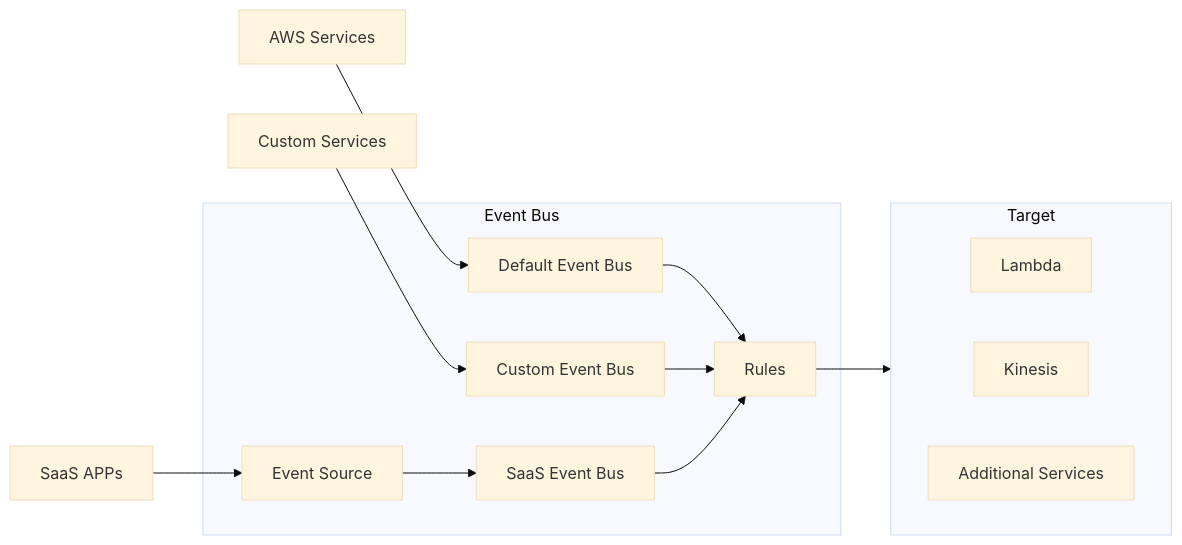
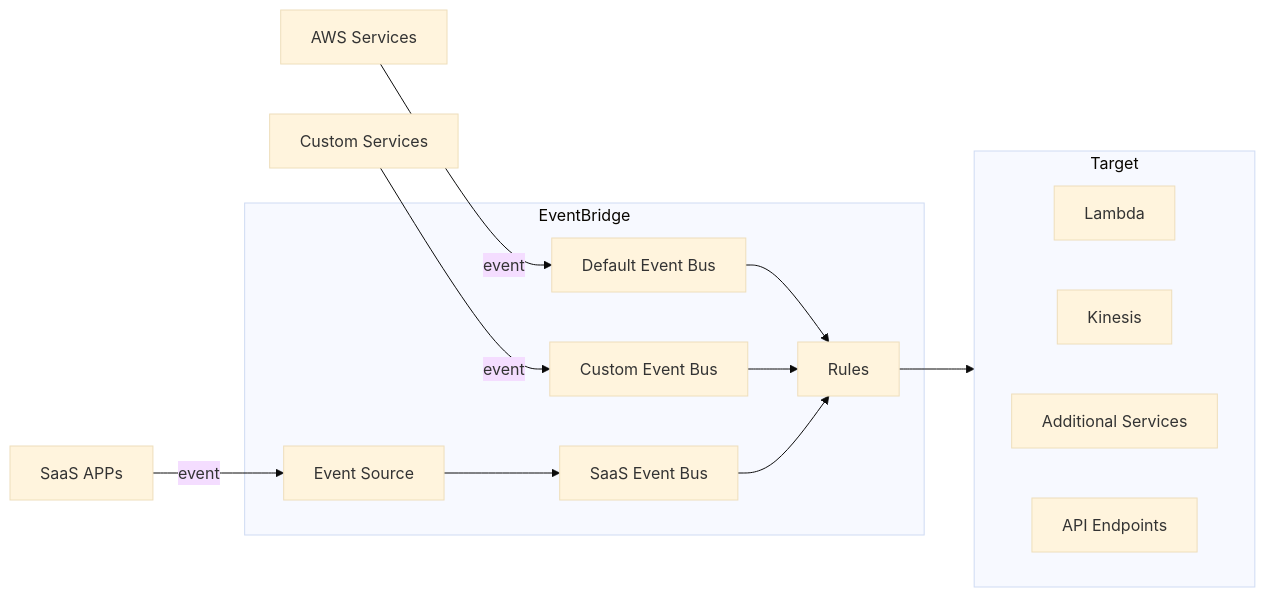
One commit to cool21540125/documentation-notes changed the diagram in aws/CloudWatch.md. Above: the diagram before and after it, drawn with Mermaid (base theme). The commit also changed other lines of this file and 9 other files, not shown here.

````diff
--- a/aws/CloudWatch.md
+++ b/aws/CloudWatch.md
@@ -152,21 +152,22 @@
 ```mermaid
 flowchart LR
 
-subgraph eb["Event Bus"]
+subgraph eb["EventBridge"]
     deb["Default Event Bus"] --> Rules;
     ceb["Custom Event Bus"] --> Rules;
     seb["SaaS Event Bus"] --> Rules;
     es["Event Source"]
 end
 
 es --> seb;
-as["AWS Services"] --> deb;
-cs["Custom Services"] --> ceb;
-saas["SaaS APPs"] --> es;
+as["AWS Services"] -- event --> deb;
+cs["Custom Services"] -- event --> ceb;
+saas["SaaS APPs"] -- event --> es;
 
 subgraph Target
     direction LR;
     Lambda; Kinesis; ad["Additional Services"];
+    api["API Endpoints"]
 end
 Rules --> Target;
 ```
````
